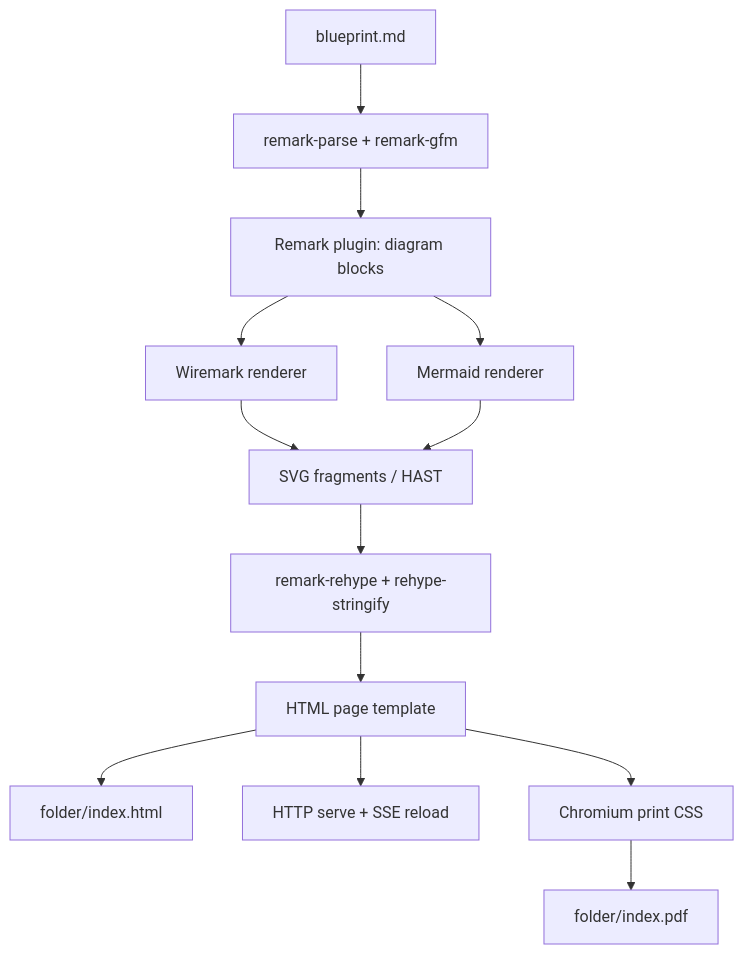
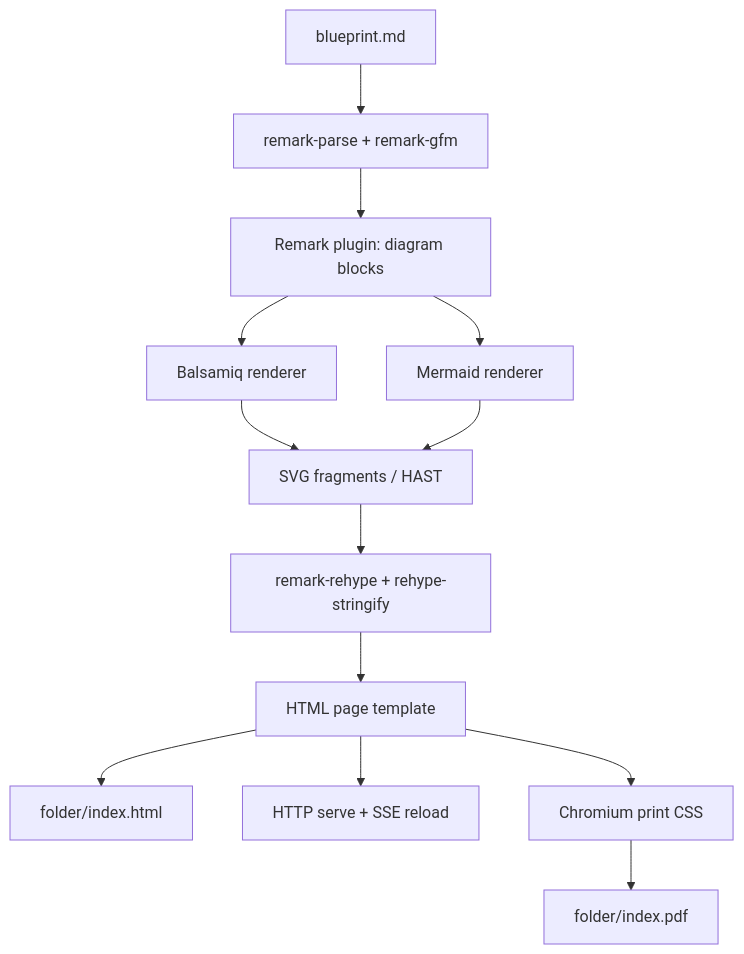
Before and after one commit to evgenyigumnov/blueprint4llm: the diagram in dev-docs/plan-init.md, drawn with Mermaid. The commit also changed other lines of this file and 65 other files, not shown here.

````diff
--- a/dev-docs/plan-init.md
+++ b/dev-docs/plan-init.md
@@ -154,15 +221,15 @@
 ```mermaid
 flowchart TD
     A[blueprint.md] --> B[remark-parse + remark-gfm]
     B --> C[Remark plugin: diagram blocks]
-    C --> D[Wiremark renderer]
+    C --> D[Balsamiq renderer]
     C --> E[Mermaid renderer]
     D --> F[SVG fragments / HAST]
     E --> F
     F --> G[remark-rehype + rehype-stringify]
     G --> H[HTML page template]
     H --> I[folder/index.html]
     H --> J[HTTP serve + SSE reload]
     H --> K[Chromium print CSS]
     K --> L[folder/index.pdf]
 ```
````
